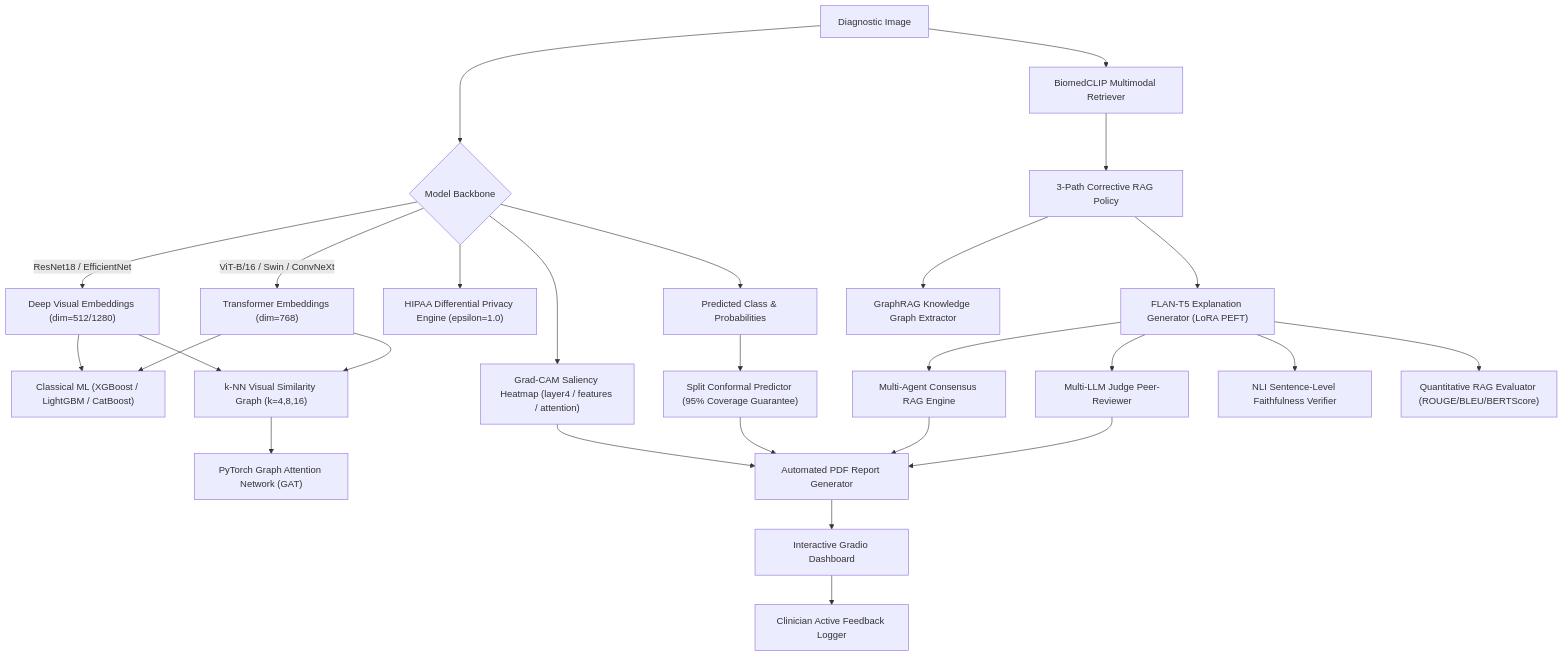
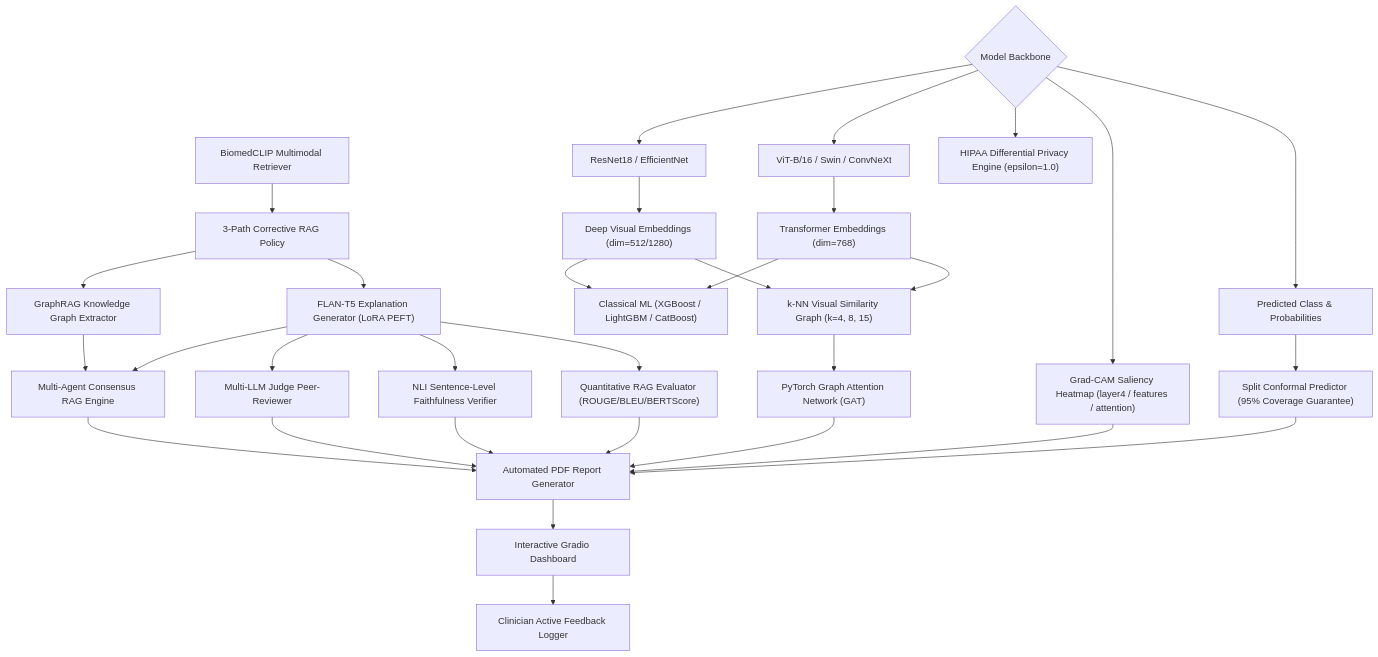
The diagram in README.md (Anushree64/disease-rag-project), drawn with Mermaid before and after one commit. The commit also changed other lines of this file and 9 other files, not shown here.

Commit message:
Update full 53-cell notebook, system architecture diagram topology, FHIR reports, and generated results

````diff
--- a/README.md
+++ b/README.md
@@ -47,38 +11,36 @@
 ```mermaid
 graph TD
-    A["Diagnostic Image"] --> B{"Model Backbone"}
-    B -->|"ResNet18 / EfficientNet"| C["Deep Visual Embeddings (dim=512/1280)"]
-    B -->|"ViT-B/16 / Swin / ConvNeXt"| D["Transformer Embeddings (dim=768)"]
+    BM["BiomedCLIP Multimodal Retriever"] --> RAG3P["3-Path Corrective RAG Policy"]
     
-    B --> DP["HIPAA Differential Privacy Engine (epsilon=1.0)"]
-    B --> CAM["Grad-CAM Saliency Heatmap (layer4 / features / attention)"]
+    MB{"Model Backbone"}
+    MB --> RN_EFF["ResNet18 / EfficientNet"] --> DVE["Deep Visual Embeddings (dim=512/1280)"]
+    MB --> VIT_SWIN["ViT-B/16 / Swin / ConvNeXt"] --> TE["Transformer Embeddings (dim=768)"]
+    MB --> DP["HIPAA Differential Privacy Engine (epsilon=1.0)"]
+    MB --> GCAM["Grad-CAM Saliency Heatmap (layer4 / features / attention)"]
+    MB --> PCP["Predicted Class & Probabilities"] --> SCP["Split Conformal Predictor (95% Coverage Guarantee)"]
     
-    C --> E["Classical ML (XGBoost / LightGBM / CatBoost)"]
-    D --> E
+    DVE --> CML["Classical ML (XGBoost / LightGBM / CatBoost)"]
+    TE --> CML
     
-    C --> F["k-NN Visual Similarity Graph (k=4,8,16)"]
-    D --> F
-    F --> G["PyTorch Graph Attention Network (GAT)"]
+    DVE --> KNN["k-NN Visual Similarity Graph (k=4, 8, 15)"]
+    TE --> KNN
+    KNN --> GAT["PyTorch Graph Attention Network (GAT)"]
     
-    B --> H["Predicted Class & Probabilities"]
-    H --> CP["Split Conformal Predictor (95% Coverage Guarantee)"]
+    RAG3P --> GRAG["GraphRAG Knowledge Graph Extractor"] --> MAC["Multi-Agent Consensus RAG Engine"]
+    RAG3P --> FLANT5["FLAN-T5 Explanation Generator (LoRA PEFT)"]
     
-    A --> BM["BiomedCLIP Multimodal Retriever"]
-    BM --> I["3-Path Corrective RAG Policy"]
-    I --> GRAG["GraphRAG Knowledge Graph Extractor"]
+    FLANT5 --> MAC
+    FLANT5 --> MLLM["Multi-LLM Judge Peer-Reviewer"]
+    FLANT5 --> NLI["NLI Sentence-Level Faithfulness Verifier"]
+    FLANT5 --> QRAG["Quantitative RAG Evaluator (ROUGE/BLEU/BERTScore)"]
     
-    I --> J["FLAN-T5 Explanation Generator (LoRA PEFT)"]
-    J --> CONS["Multi-Agent Consensus RAG Engine"]
-    J --> JUDGE["Multi-LLM Judge Peer-Reviewer"]
+    GCAM --> PDF["Automated PDF Report Generator"]
+    SCP --> PDF
+    GAT --> PDF
+    MAC --> PDF
+    MLLM --> PDF
+    NLI --> PDF
+    QRAG --> PDF
     
-    J --> N["NLI Sentence-Level Faithfulness Verifier"]
-    J --> RAGM["Quantitative RAG Evaluator (ROUGE/BLEU/BERTScore)"]
-    
-    CAM --> PDF["Automated PDF Report Generator"]
-    CP --> PDF
-    CONS --> PDF
-    JUDGE --> PDF
-    
-    PDF --> O["Interactive Gradio Dashboard"]
-    O --> FB["Clinician Active Feedback Logger"]
+    PDF --> GRADIO["Interactive Gradio Dashboard"] --> LOG["Clinician Active Feedback Logger"]
 ```
````
